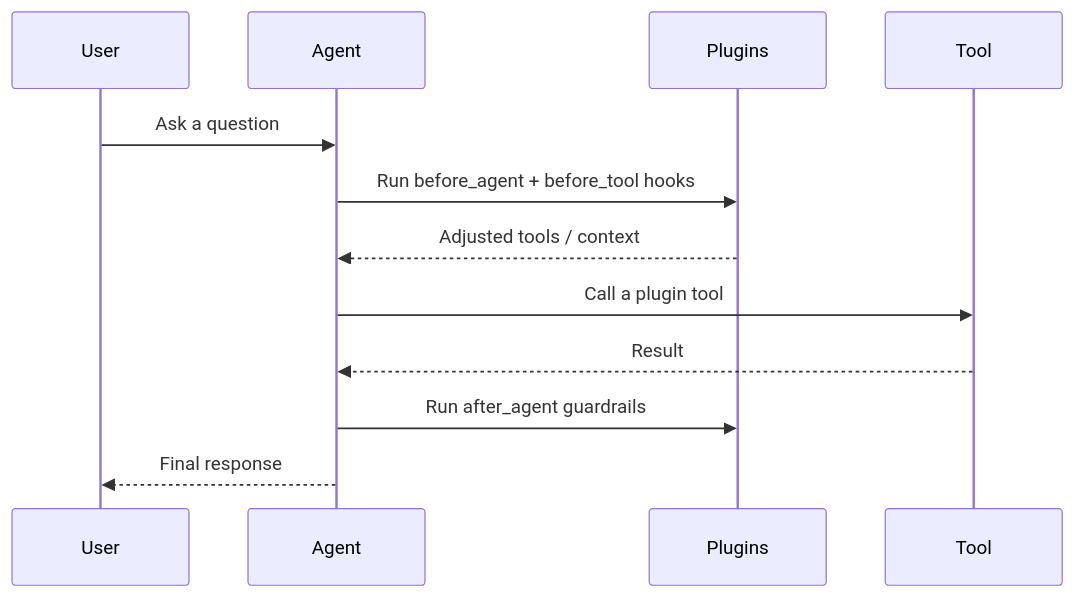
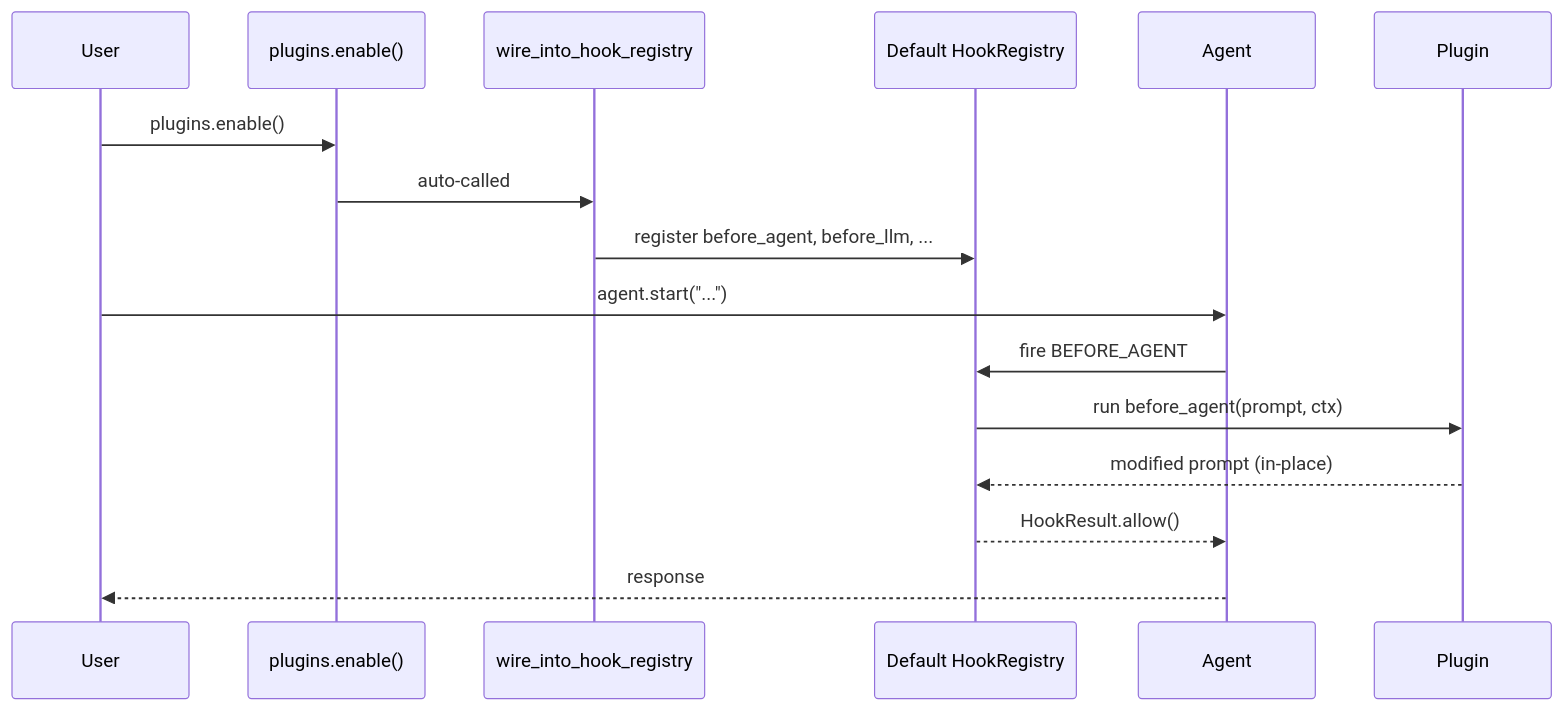
One commit to MervinPraison/PraisonAIDocs changed the second of 4 diagrams in docs/features/plugins.mdx. Above: the diagram before and after it, drawn with Mermaid. The commit also changed other lines of this file and 1 other file, not shown here.

First line of the commit message:
docs: document plugin lifecycle hook bridge (fixes #1721)

````diff
--- a/docs/features/plugins.mdx
+++ b/docs/features/plugins.mdx
@@ -102,15 +108,19 @@
 ```mermaid
 sequenceDiagram
     participant User
+    participant Enable as plugins.enable()
+    participant Bridge as wire_into_hook_registry
+    participant Registry as Default HookRegistry
     participant Agent
-    participant Plugins
-    participant Tool
+    participant Plugin
 
-    User->>Agent: Ask a question
-    Agent->>Plugins: Run before_agent + before_tool hooks
-    Plugins-->>Agent: Adjusted tools / context
-    Agent->>Tool: Call a plugin tool
-    Tool-->>Agent: Result
-    Agent->>Plugins: Run after_agent guardrails
-    Agent-->>User: Final response
+    User->>Enable: plugins.enable()
+    Enable->>Bridge: auto-called
+    Bridge->>Registry: register before_agent, before_llm, ...
+    User->>Agent: agent.start("...")
+    Agent->>Registry: fire BEFORE_AGENT
+    Registry->>Plugin: run before_agent(prompt, ctx)
+    Plugin-->>Registry: modified prompt (in-place)
+    Registry-->>Agent: HookResult.allow()
+    Agent-->>User: response
 ```
````
